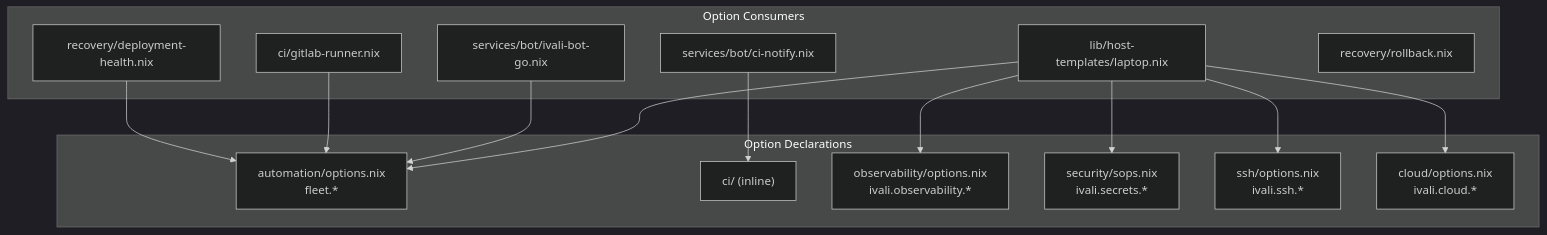
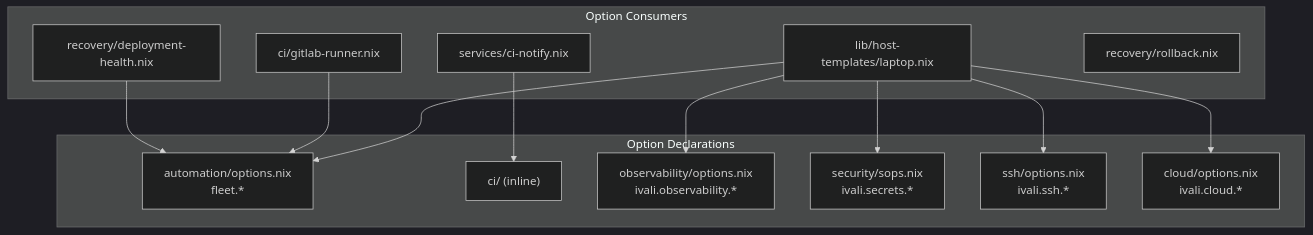
Before and after one commit to itsivali/nixos-infrastructure: the third of 4 diagrams in ARCHITECTURE_AUDIT.md, drawn with Mermaid (dark theme). The commit also changed other lines of this file and 13 other files, not shown here.

First line of the commit message:
docs: update architecture, docs, and remove dead Telegram references

````diff
--- a/ARCHITECTURE_AUDIT.md
+++ b/ARCHITECTURE_AUDIT.md
@@ -190,30 +190,28 @@
 ```mermaid
 graph TD
     subgraph "Option Declarations"
         auto_opts["automation/options.nix<br/>fleet.*"]
         ci_opts["ci/ (inline)"]
         obs_opts["observability/options.nix<br/>ivali.observability.*"]
         sec_opts["security/sops.nix<br/>ivali.secrets.*"]
         ssh_opts["ssh/options.nix<br/>ivali.ssh.*"]
         cloud_opts["cloud/options.nix<br/>ivali.cloud.*"]
     end
 
     subgraph "Option Consumers"
         laptop["lib/host-templates/laptop.nix"]
-        bot["services/bot/ivali-bot-go.nix"]
-        ci_notify["services/bot/ci-notify.nix"]
+        ci_notify["services/ci-notify.nix"]
         gitlab_runner["ci/gitlab-runner.nix"]
         deploy_health["recovery/deployment-health.nix"]
         rollback["recovery/rollback.nix"]
     end
 
     laptop --> auto_opts
     laptop --> obs_opts
     laptop --> sec_opts
     laptop --> ssh_opts
     laptop --> cloud_opts
-    bot --> auto_opts
     ci_notify --> ci_opts
     gitlab_runner --> auto_opts
     deploy_health --> auto_opts
 ```
````
